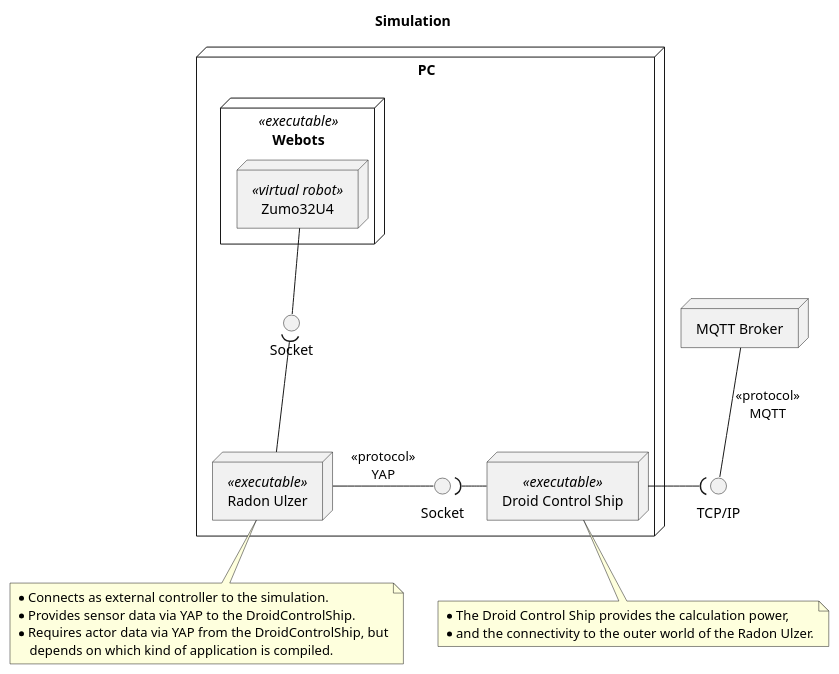
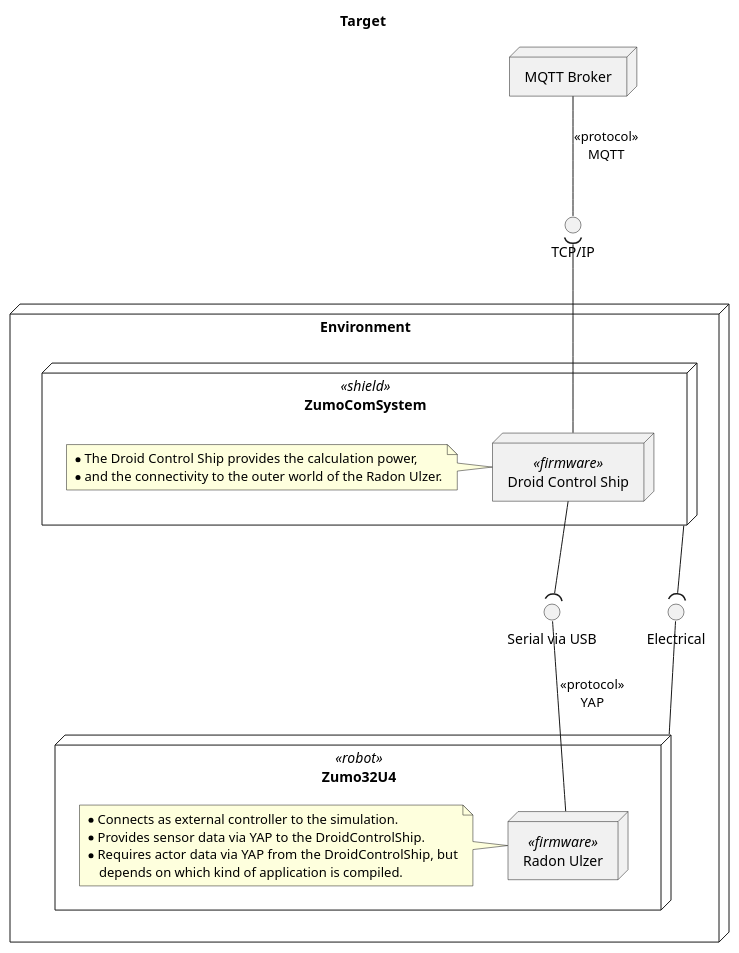
Before and after one commit to BlueAndi/DroidControlShip: the diagram in doc/architecture/uml/PhysicalView/TargetDeployment.plantuml, drawn with PlantUML. The commit also changed 1 other file, not shown here.

Commit message:
Diagrams mixed.

```diff
--- a/doc/architecture/uml/PhysicalView/TargetDeployment.plantuml
+++ b/doc/architecture/uml/PhysicalView/TargetDeployment.plantuml
@@ -1,45 +1,47 @@
 @startuml
 
-title Simulation
+title Target
 
-node "PC" as pc {
+node "Environment" as env {
 
-    node "Webots" <<executable>> as webots {
+    node "Zumo32U4" <<robot>> as robot {
 
-        node "Zumo32U4" <<virtual robot>> as robot
+        node "Radon Ulzer" <<firmware>> as ru
+
+        note left of ru
+            * Connects as external controller to the simulation.
+            * Provides sensor data via YAP to the DroidControlShip.
+            * Requires actor data via YAP from the DroidControlShip, but
+                depends on which kind of application is compiled.
+        end note
     }
 
-    node "Radon Ulzer" <<executable>> as ru
-    node "Droid Control Ship" <<executable>> as dcs
+    node "ZumoComSystem" <<shield>> as shield {
 
-    interface "Socket" as iRobotSocket
-    interface "Socket" as iRuSocket
+        node "Droid Control Ship" <<firmware>> as dcs
+
+        note left of dcs
+            * The Droid Control Ship provides the calculation power,
+            * and the connectivity to the outer world of the Radon Ulzer.
+        end note
+    }
+
+    interface "Serial via USB" as iRobotSerial
+    interface "Electrical" as iEE
+
+    shield --( iEE
+    iEE -- robot
 }
 
 node "MQTT Broker" as broker {
 }
 
-robot -- iRobotSocket
-iRobotSocket )-- ru
-
-ru - iRuSocket: <<protocol>>\nYAP
-iRuSocket )- dcs
-
-note bottom of ru
-    * Connects as external controller to the simulation.
-    * Provides sensor data via YAP to the DroidControlShip.
-    * Requires actor data via YAP from the DroidControlShip, but
-        depends on which kind of application is compiled.
-end note
-
-note bottom of dcs
-    * The Droid Control Ship provides the calculation power,
-    * and the connectivity to the outer world of the Radon Ulzer.
-end note
+dcs --( iRobotSerial
+iRobotSerial -- ru: <<protocol>>\nYAP
 
 interface "TCP/IP" as iNetwork
 
 broker -- iNetwork: <<protocol>>\nMQTT
-iNetwork )- dcs
+iNetwork )-- dcs
 
 @enduml
```
